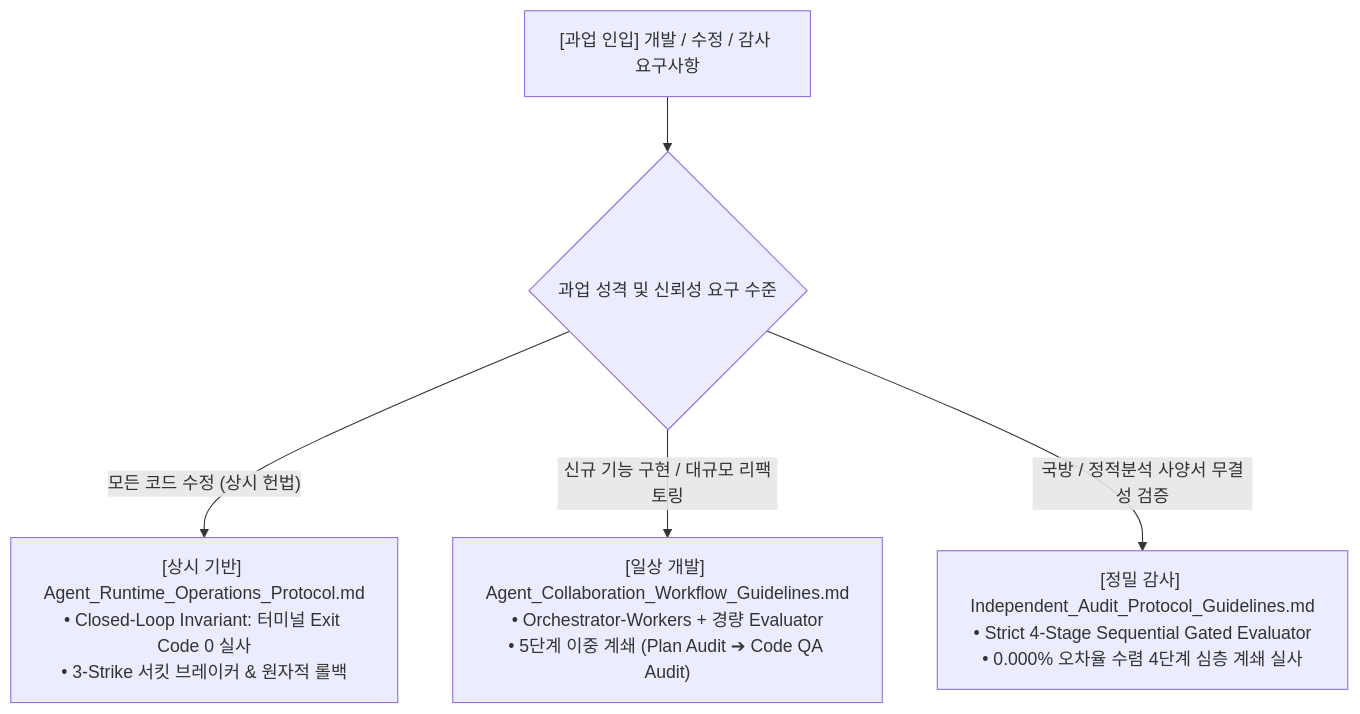
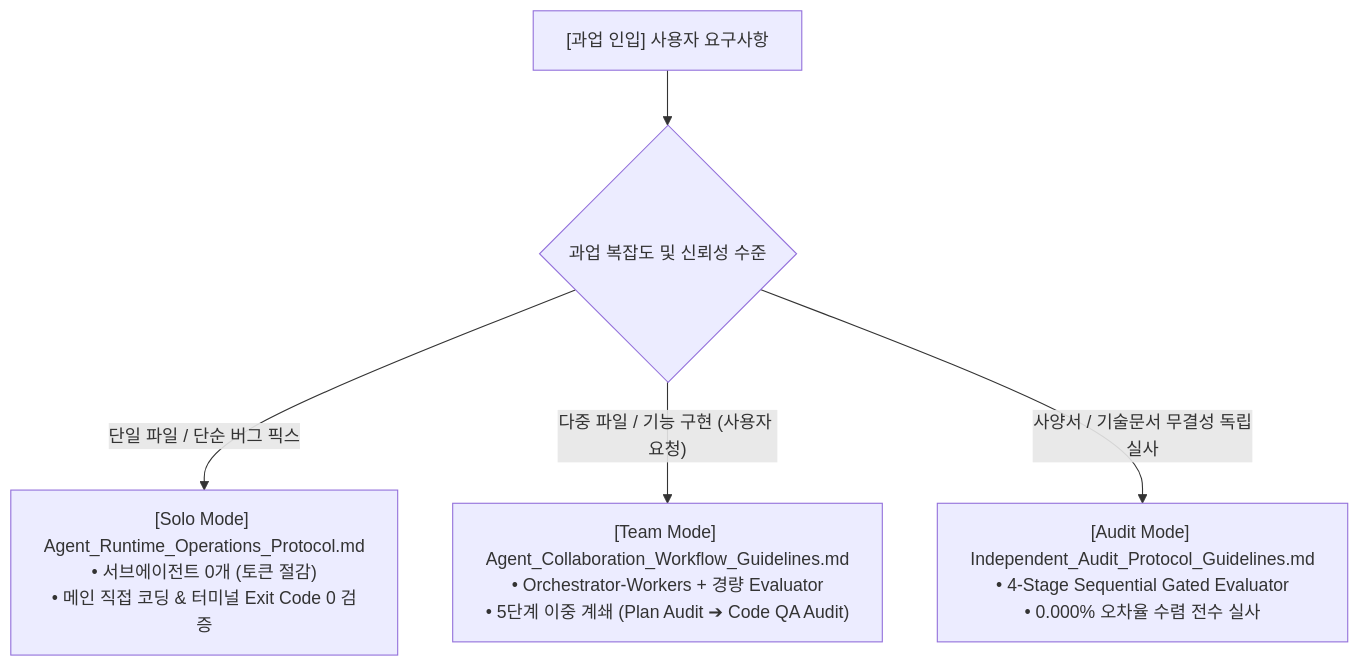
Before and after one commit to jin20203458/Obsidian.Agent: the diagram in ai_agent_refs/AI_Agent_Architecture_Paradigms_Guidelines.md, drawn with Mermaid. The commit also changed other lines of this file and 3 other files, not shown here.

````diff
--- a/ai_agent_refs/AI_Agent_Architecture_Paradigms_Guidelines.md
+++ b/ai_agent_refs/AI_Agent_Architecture_Paradigms_Guidelines.md
@@ -132,10 +56,10 @@
 ```mermaid
 flowchart TD
-    Task["[과업 인입] 개발 / 수정 / 감사 요구사항"] --> Classify{"과업 성격 및 신뢰성 요구 수준"}
+    Task["[과업 인입] 사용자 요구사항"] --> Classify{"과업 복잡도 및 신뢰성 수준"}
 
-    Classify -- "모든 코드 수정 (상시 헌법)" --> P1["[상시 기반] Agent_Runtime_Operations_Protocol.md<br/>• Closed-Loop Invariant: 터미널 Exit Code 0 실사<br/>• 3-Strike 서킷 브레이커 & 원자적 롤백"]
+    Classify -- "단일 파일 / 단순 버그 픽스" --> P1["[Solo Mode] Agent_Runtime_Operations_Protocol.md<br>• 서브에이전트 0개 (토큰 절감)<br>• 메인 직접 코딩 & 터미널 Exit Code 0 검증"]
     
-    Classify -- "신규 기능 구현 / 대규모 리팩토링" --> P2["[일상 개발] Agent_Collaboration_Workflow_Guidelines.md<br/>• Orchestrator-Workers + 경량 Evaluator<br/>• 5단계 이중 계쇄 (Plan Audit ➔ Code QA Audit)"]
+    Classify -- "다중 파일 / 기능 구현 (사용자 요청)" --> P2["[Team Mode] Agent_Collaboration_Workflow_Guidelines.md<br>• Orchestrator-Workers + 경량 Evaluator<br>• 5단계 이중 계쇄 (Plan Audit ➔ Code QA Audit)"]
     
-    Classify -- "국방 / 정적분석 사양서 무결성 검증" --> P3["[정밀 감사] Independent_Audit_Protocol_Guidelines.md<br/>• Strict 4-Stage Sequential Gated Evaluator<br/>• 0.000% 오차율 수렴 4단계 심층 계쇄 실사"]
+    Classify -- "사양서 / 기술문서 무결성 독립실사" --> P3["[Audit Mode] Independent_Audit_Protocol_Guidelines.md<br>• 4-Stage Sequential Gated Evaluator<br>• 0.000% 오차율 수렴 전수 실사"]
 ```
````
